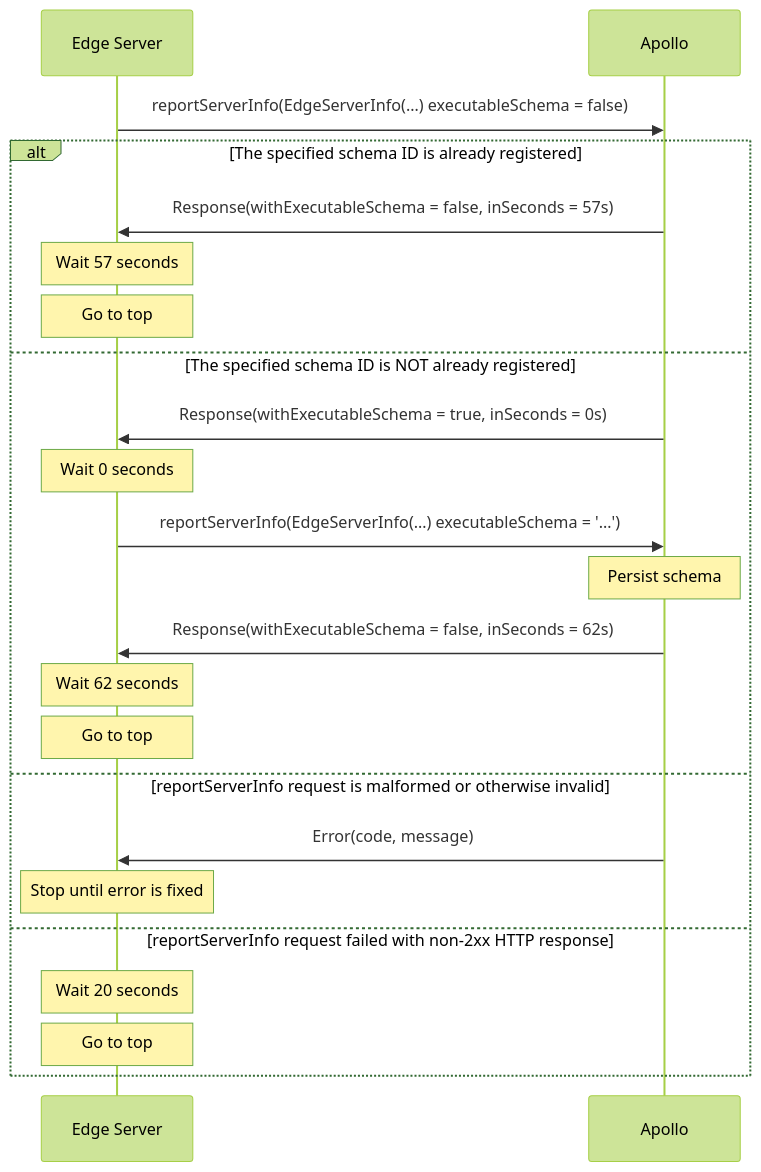
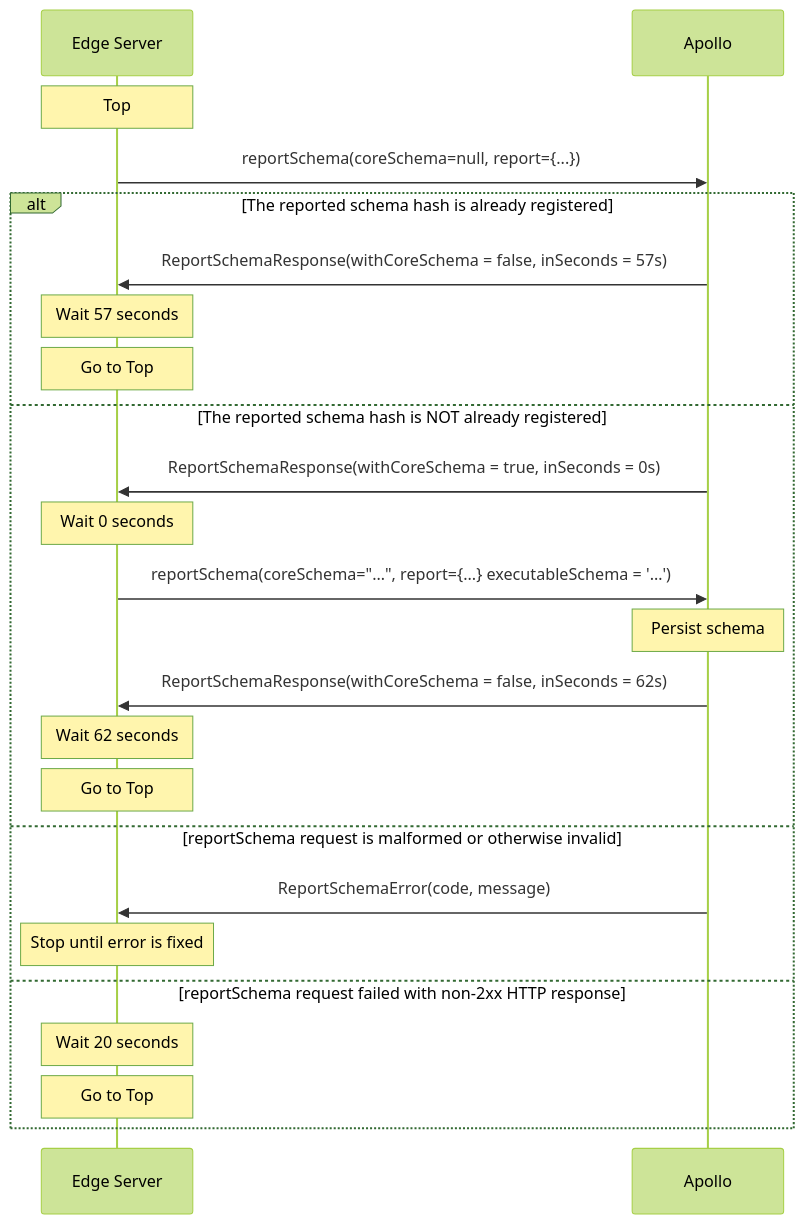
One commit to apollographql/apollo changed the diagram in studio-docs/source/schema/schema-reporting-protocol.mdx. Above: the diagram before and after it, drawn with Mermaid (forest theme). The commit also changed other lines of this file, not shown here.

Commit message:
Content update to schema reporting protocol reference

````diff
--- a/studio-docs/source/schema/schema-reporting-protocol.mdx
+++ b/studio-docs/source/schema/schema-reporting-protocol.mdx
@@ -31,25 +99,26 @@
 ```mermaid
 sequenceDiagram
     participant Edge Server
     participant Apollo
-    Edge Server->>Apollo: reportServerInfo(EdgeServerInfo(…) executableSchema = false)
-    alt The specified schema ID is already registered
-        Apollo->>Edge Server: Response(withExecutableSchema = false, inSeconds = 57s)
+    Note over Edge Server: Top
+    Edge Server->>Apollo: reportSchema(coreSchema=null, report={...})
+    alt The reported schema hash is already registered
+        Apollo->>Edge Server: ReportSchemaResponse(withCoreSchema = false, inSeconds = 57s)
         Note over Edge Server: Wait 57 seconds
-        Note over Edge Server: Go to top
-    else The specified schema ID is NOT already registered
-        Apollo->>Edge Server: Response(withExecutableSchema = true, inSeconds = 0s)
+        Note over Edge Server: Go to Top
+    else The reported schema hash is NOT already registered
+        Apollo->>Edge Server: ReportSchemaResponse(withCoreSchema = true, inSeconds = 0s)
         Note over Edge Server: Wait 0 seconds
-        Edge Server->>Apollo: reportServerInfo(EdgeServerInfo(…) executableSchema = '…')
+        Edge Server->>Apollo: reportSchema(coreSchema="…", report={...} executableSchema = '…')
         Note over Apollo: Persist schema
-        Apollo->>Edge Server: Response(withExecutableSchema = false, inSeconds = 62s)
+        Apollo->>Edge Server: ReportSchemaResponse(withCoreSchema = false, inSeconds = 62s)
         Note over Edge Server: Wait 62 seconds
-        Note over Edge Server: Go to top
-    else reportServerInfo request is malformed or otherwise invalid
-        Apollo->>Edge Server: Error(code, message)
+        Note over Edge Server: Go to Top
+    else reportSchema request is malformed or otherwise invalid
+        Apollo->>Edge Server: ReportSchemaError(code, message)
         Note over Edge Server: Stop until error is fixed
-    else reportServerInfo request failed with non-2xx HTTP response
+    else reportSchema request failed with non-2xx HTTP response
         Note over Edge Server: Wait 20 seconds
-        Note over Edge Server: Go to top
+        Note over Edge Server: Go to Top
     end
 ```
````
